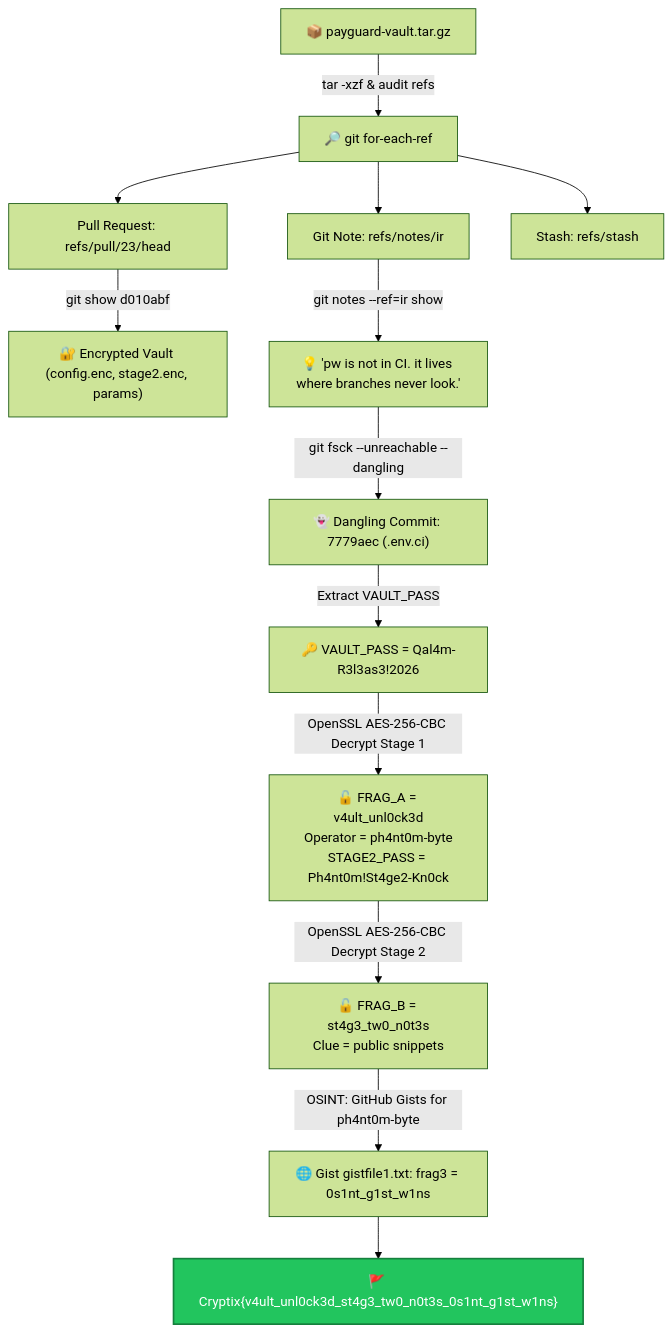
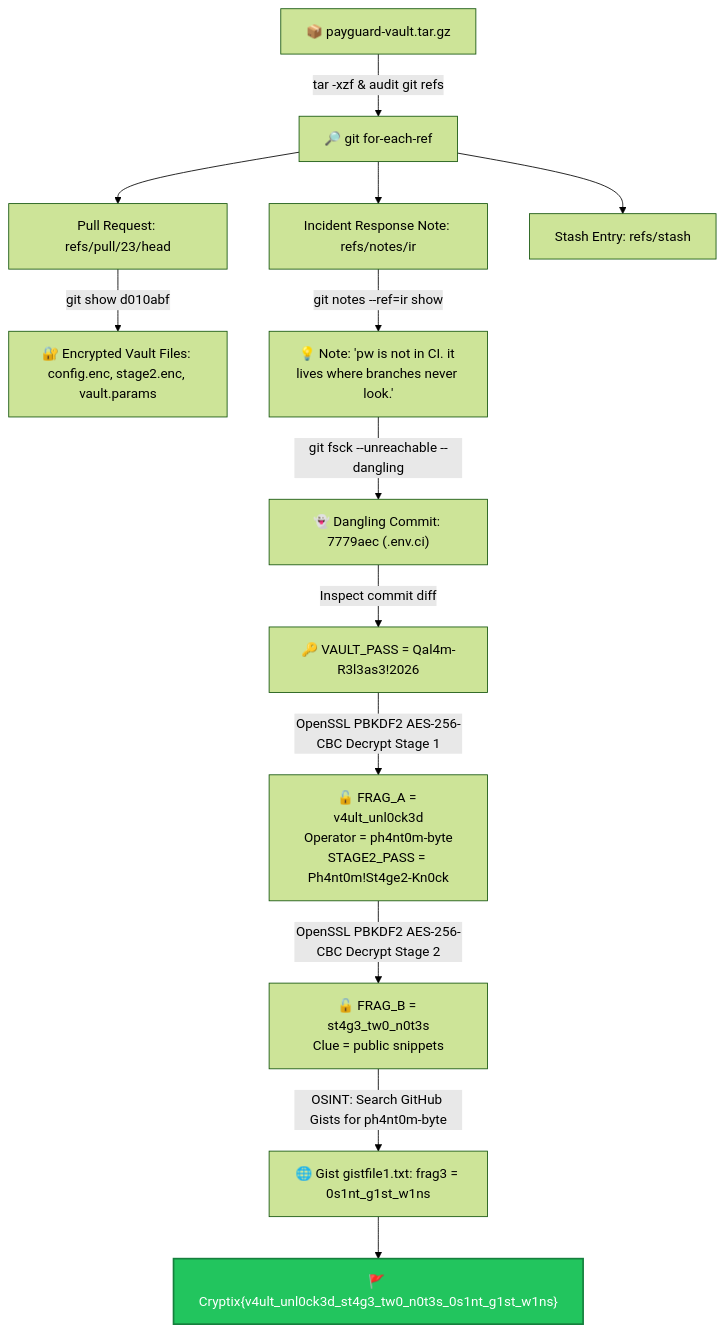
The diagram in README.md (Dabuynyx/osint-writeup-cytech-ghost-in-the-release), drawn with Mermaid (forest theme) before and after one commit. The commit also changed other lines of this file, not shown here.

Commit message:
Enrich write-up with deep technical context, commands, and fix Mermaid parsing errors

````diff
--- a/README.md
+++ b/README.md
@@ -39,23 +43,23 @@
 ```mermaid
 flowchart TD
-    A["📦 payguard-vault.tar.gz"] -->|tar -xzf & audit refs| B["🔎 git for-each-ref"]
+    A["📦 payguard-vault.tar.gz"] -->|tar -xzf & audit git refs| B["🔎 git for-each-ref"]
     B --> C["Pull Request: refs/pull/23/head"]
-    B --> D["Git Note: refs/notes/ir"]
-    B --> E["Stash: refs/stash"]
+    B --> D["Incident Response Note: refs/notes/ir"]
+    B --> E["Stash Entry: refs/stash"]
     
-    C -->|git show d010abf| F["🔐 Encrypted Vault (config.enc, stage2.enc, params)"]
-    D -->|git notes --ref=ir show| G["💡 'pw is not in CI. it lives where branches never look.'"]
+    C -->|git show d010abf| F["🔐 Encrypted Vault Files: config.enc, stage2.enc, vault.params"]
+    D -->|git notes --ref=ir show| G["💡 Note: 'pw is not in CI. it lives where branches never look.'"]
     
     G -->|git fsck --unreachable --dangling| H["👻 Dangling Commit: 7779aec (.env.ci)"]
-    H -->|Extract VAULT_PASS| I["🔑 VAULT_PASS = Qal4m-R3l3as3!2026"]
+    H -->|Inspect commit diff| I["🔑 VAULT_PASS = Qal4m-R3l3as3!2026"]
     
-    I -->|OpenSSL AES-256-CBC Decrypt Stage 1| J["🔓 FRAG_A = v4ult_unl0ck3d<br>Operator = ph4nt0m-byte<br>STAGE2_PASS = Ph4nt0m!St4ge2-Kn0ck"]
+    I -->|OpenSSL PBKDF2 AES-256-CBC Decrypt Stage 1| J["🔓 FRAG_A = v4ult_unl0ck3d<br>Operator = ph4nt0m-byte<br>STAGE2_PASS = Ph4nt0m!St4ge2-Kn0ck"]
     
-    J -->|OpenSSL AES-256-CBC Decrypt Stage 2| K["🔓 FRAG_B = st4g3_tw0_n0t3s<br>Clue = public snippets"]
+    J -->|OpenSSL PBKDF2 AES-256-CBC Decrypt Stage 2| K["🔓 FRAG_B = st4g3_tw0_n0t3s<br>Clue = public snippets"]
     
-    K -->|OSINT: GitHub Gists for ph4nt0m-byte| L["🌐 Gist gistfile1.txt: frag3 = 0s1nt_g1st_w1ns"]
+    K -->|OSINT: Search GitHub Gists for ph4nt0m-byte| L["🌐 Gist gistfile1.txt: frag3 = 0s1nt_g1st_w1ns"]
     
     L --> M["🚩 Cryptix{v4ult_unl0ck3d_st4g3_tw0_n0t3s_0s1nt_g1st_w1ns}"]
 
     style M fill:#22c55e,stroke:#15803d,stroke-width:2px,color:#fff
 ```
````
